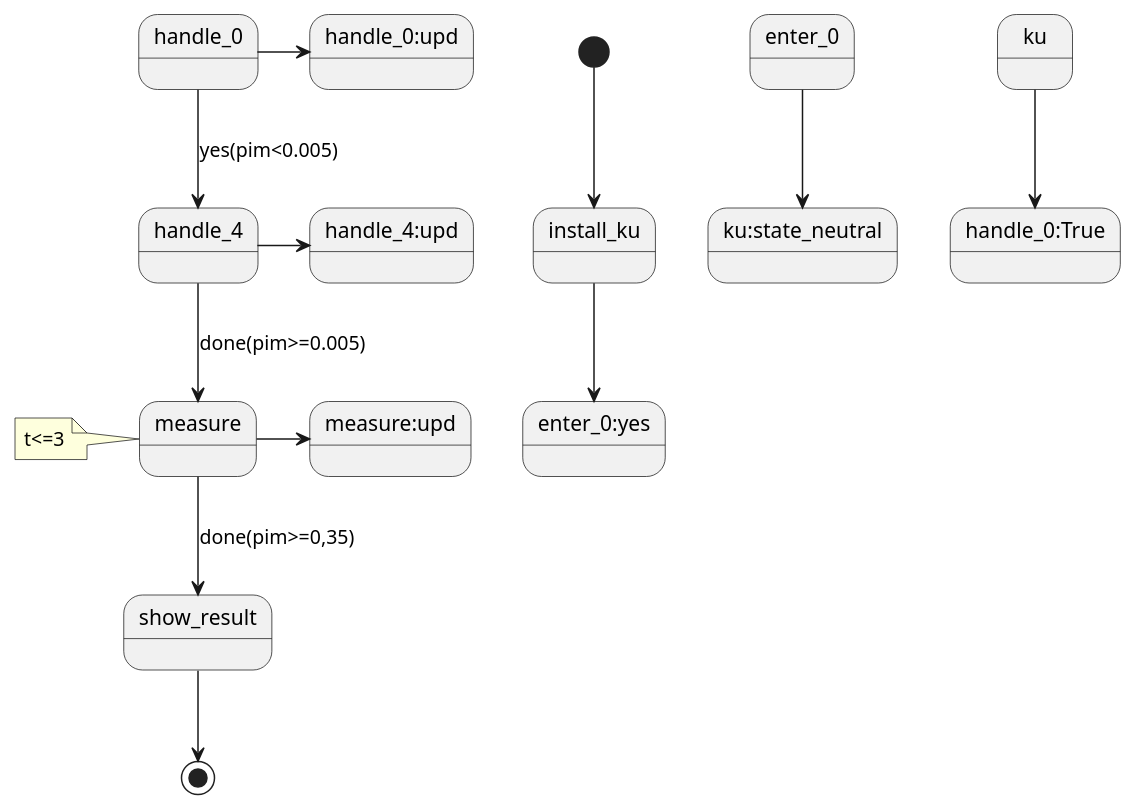
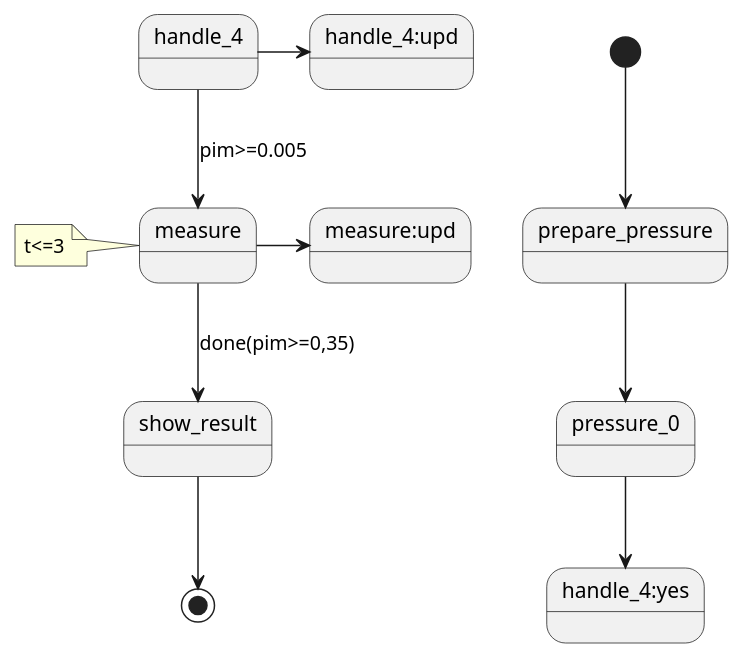
Before and after one commit to Alser69rus/A3135: the diagram in uml/ku 215/fill.puml, drawn with PlantUML. The commit also changed 9 other files, not shown here.

Commit message:
uml для КУ

```diff
--- a/uml/ku 215/fill.puml
+++ b/uml/ku 215/fill.puml
@@ -1,14 +1,12 @@
 @startuml
-[*]-->install_ku
-install_ku-->enter_0:yes
-enter_0-->ku:state_neutral
-ku-->handle_0:True
-handle_0->handle_0:upd
-handle_0-->handle_4:yes(pim<0.005)
+[*]-->prepare_pressure
+
+prepare_pressure-->pressure_0
+pressure_0-->handle_4:yes
 handle_4->handle_4:upd
-handle_4-->measure:done(pim>=0.005)
+handle_4-->measure:pim>=0.005
 measure->measure:upd
 measure-->show_result:done(pim>=0,35)
 show_result-->[*]
 note left of measure:t<=3
 @enduml
```
